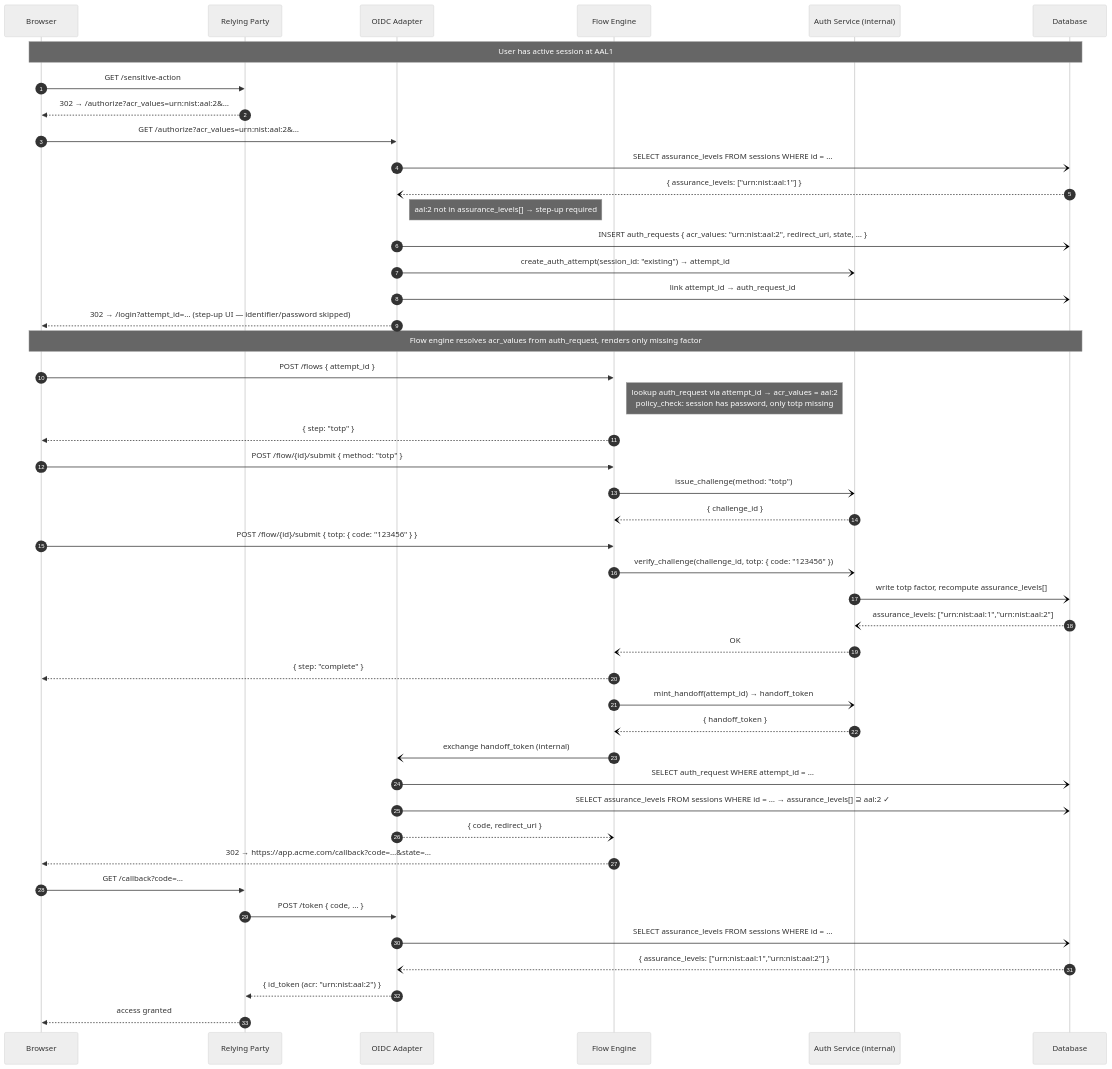
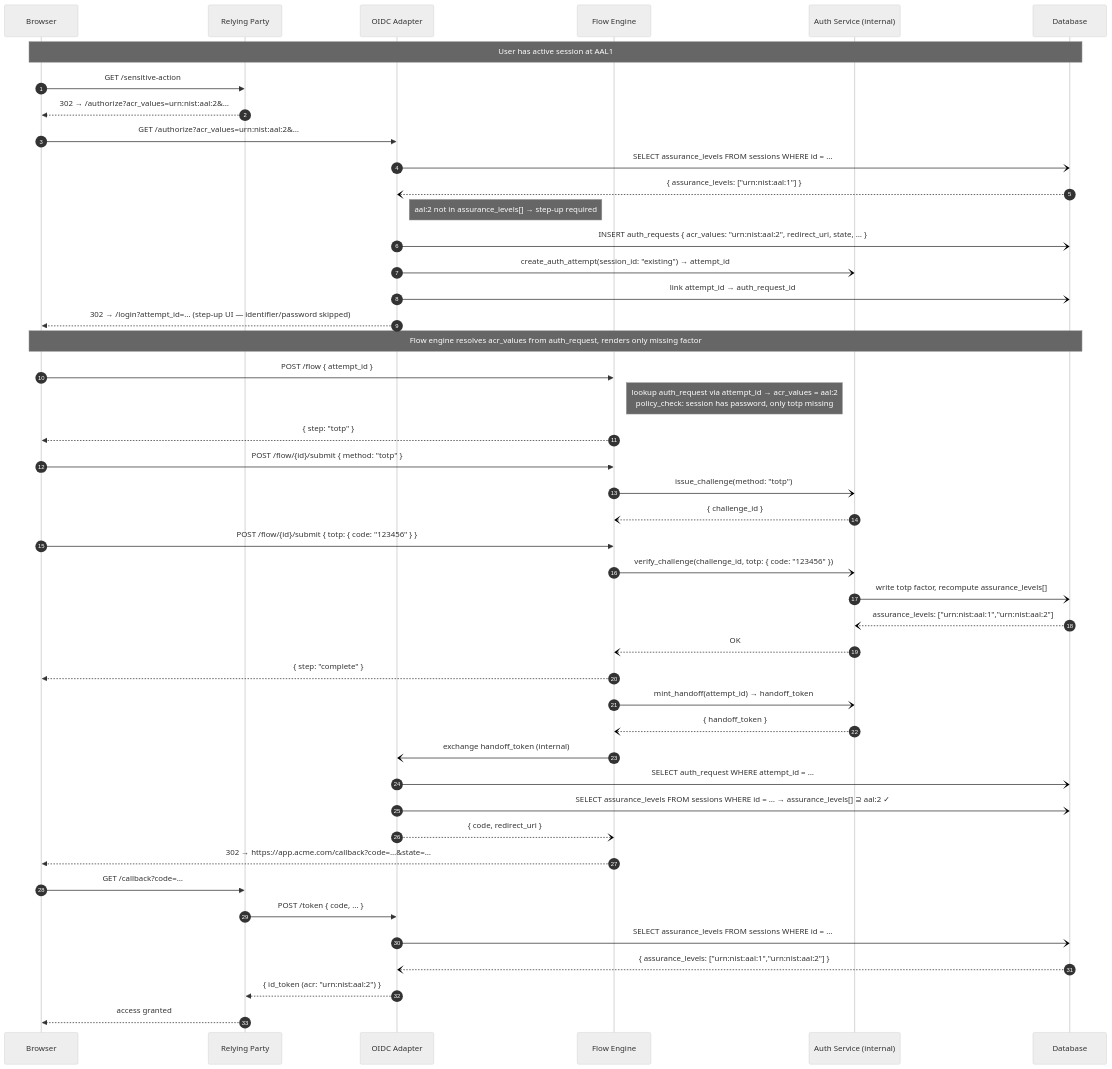
One commit to zitadel/nextgen changed the fourth of 4 diagrams in docs/design/api/authn-and-auth-flows.md. Above: the diagram before and after it, drawn with Mermaid (neutral theme). The commit also changed other lines of this file and 10 other files, not shown here.

Commit message:
docs: fix flow handles, wire shapes, list-envelope exceptions, and stale anchors from review

````diff
--- a/docs/design/api/authn-and-auth-flows.md
+++ b/docs/design/api/authn-and-auth-flows.md
@@ -354,56 +354,56 @@
 ```mermaid
 sequenceDiagram
     autonumber
     participant Browser
     participant RP as Relying Party
     participant OIDCAdapter as OIDC Adapter
     participant FlowEngine as Flow Engine
     participant AuthService as Auth Service (internal)
     participant DB as Database
 
     Note over Browser,DB: User has active session at AAL1
 
     Browser->>RP: GET /sensitive-action
     RP-->>Browser: 302 → /authorize?acr_values=urn:nist:aal:2&…
 
     Browser->>OIDCAdapter: GET /authorize?acr_values=urn:nist:aal:2&…
     OIDCAdapter-)DB: SELECT assurance_levels FROM sessions WHERE id = …
     DB--)OIDCAdapter: { assurance_levels: ["urn:nist:aal:1"] }
     Note right of OIDCAdapter: aal:2 not in assurance_levels[] → step-up required
 
     OIDCAdapter-)DB: INSERT auth_requests { acr_values: "urn:nist:aal:2", redirect_uri, state, … }
     OIDCAdapter-)AuthService: create_auth_attempt(session_id: "existing") → attempt_id
     OIDCAdapter-)DB: link attempt_id → auth_request_id
     OIDCAdapter-->>Browser: 302 → /login?attempt_id=… (step-up UI — identifier/password skipped)
 
     Note over Browser,DB: Flow engine resolves acr_values from auth_request, renders only missing factor
 
-    Browser->>FlowEngine: POST /flows { attempt_id }
+    Browser->>FlowEngine: POST /flow { attempt_id }
     Note right of FlowEngine: lookup auth_request via attempt_id → acr_values = aal:2<br/>policy_check: session has password, only totp missing
     FlowEngine-->>Browser: { step: "totp" }
 
     Browser->>FlowEngine: POST /flow/{id}/submit { method: "totp" }
     FlowEngine-)AuthService: issue_challenge(method: "totp")
     AuthService--)FlowEngine: { challenge_id }
     Browser->>FlowEngine: POST /flow/{id}/submit { totp: { code: "123456" } }
     FlowEngine-)AuthService: verify_challenge(challenge_id, totp: { code: "123456" })
     AuthService-)DB: write totp factor, recompute assurance_levels[]
     DB--)AuthService: assurance_levels: ["urn:nist:aal:1","urn:nist:aal:2"]
     AuthService--)FlowEngine: OK
     FlowEngine-->>Browser: { step: "complete" }
 
     FlowEngine-)AuthService: mint_handoff(attempt_id) → handoff_token
     AuthService--)FlowEngine: { handoff_token }
     FlowEngine-)OIDCAdapter: exchange handoff_token (internal)
     OIDCAdapter-)DB: SELECT auth_request WHERE attempt_id = …
     OIDCAdapter-)DB: SELECT assurance_levels FROM sessions WHERE id = … → assurance_levels[] ⊇ aal:2 ✓
     OIDCAdapter--)FlowEngine: { code, redirect_uri }
     FlowEngine-->>Browser: 302 → https://app.acme.com/callback?code=…&state=…
 
     Browser->>RP: GET /callback?code=…
     RP->>OIDCAdapter: POST /token { code, … }
     OIDCAdapter-)DB: SELECT assurance_levels FROM sessions WHERE id = …
     DB--)OIDCAdapter: { assurance_levels: ["urn:nist:aal:1","urn:nist:aal:2"] }
     OIDCAdapter-->>RP: { id_token (acr: "urn:nist:aal:2") }
     RP-->>Browser: access granted
 ```
````
